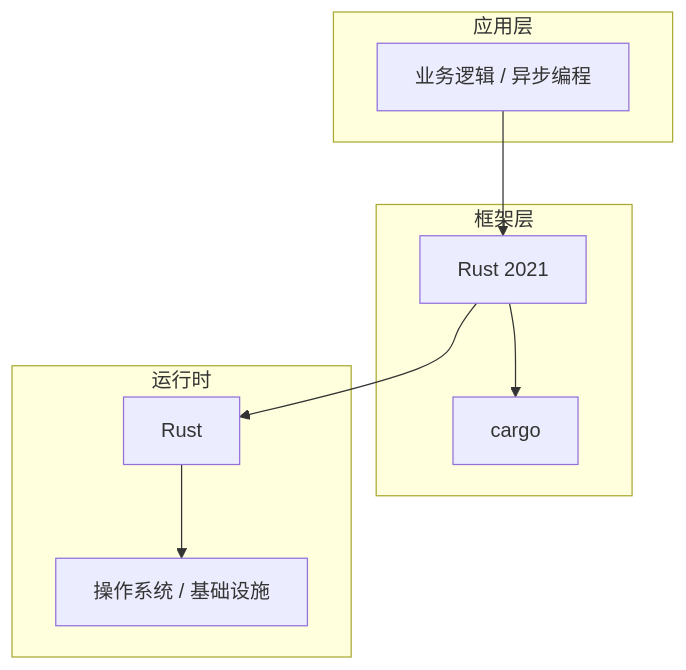
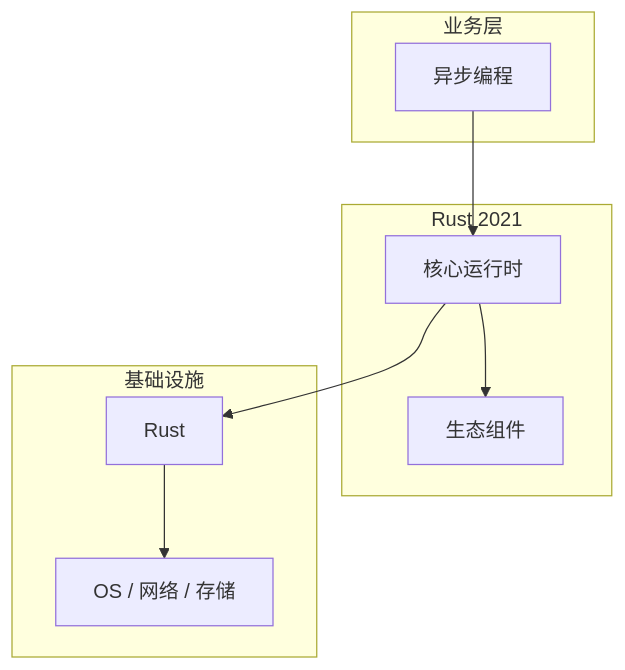
One commit to yanggan2015/knowledge-json-v2 changed the diagram in articles/Rust语言/chapters/089-异步编程核心概念与原理.md. Above: the diagram before and after it, drawn with Mermaid. The commit also changed other lines of this file and 10127 other files, not shown here.

````diff
--- a/articles/Rust语言/chapters/089-异步编程核心概念与原理.md
+++ b/articles/Rust语言/chapters/089-异步编程核心概念与原理.md
@@ -45,18 +34,18 @@
 ```mermaid
 graph TB
-    subgraph 应用层
-        A[业务逻辑 / 异步编程]
+    subgraph 业务层
+        A[异步编程]
     end
-    subgraph 框架层
-        B[Rust 2021]
-        C[cargo]
+    subgraph Rust 2021
+        B[核心运行时]
+        C[生态组件]
     end
-    subgraph 运行时
+    subgraph 基础设施
         D[Rust]
-        E[操作系统 / 基础设施]
+        E[OS / 网络 / 存储]
     end
     A --> B
     B --> C
     B --> D
     D --> E
 ```
````
